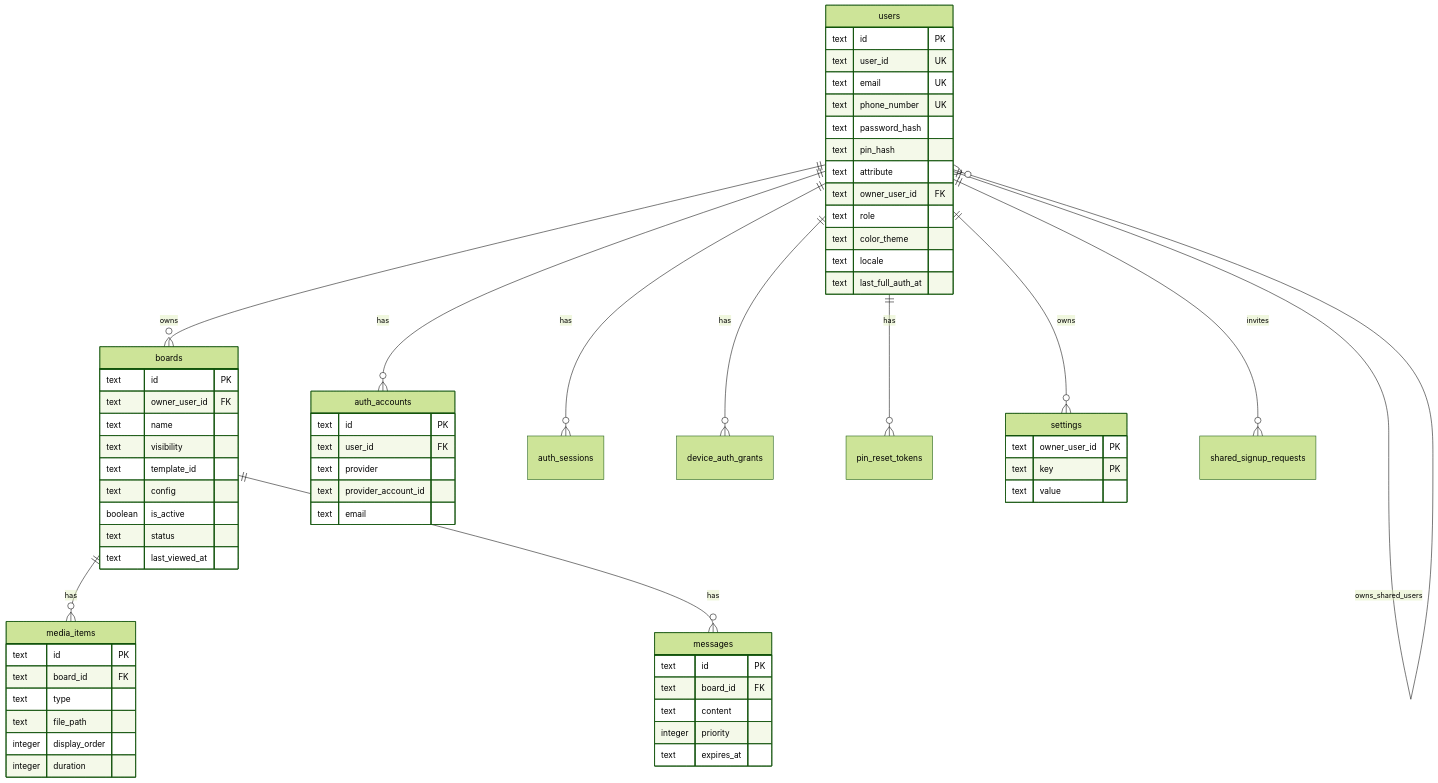
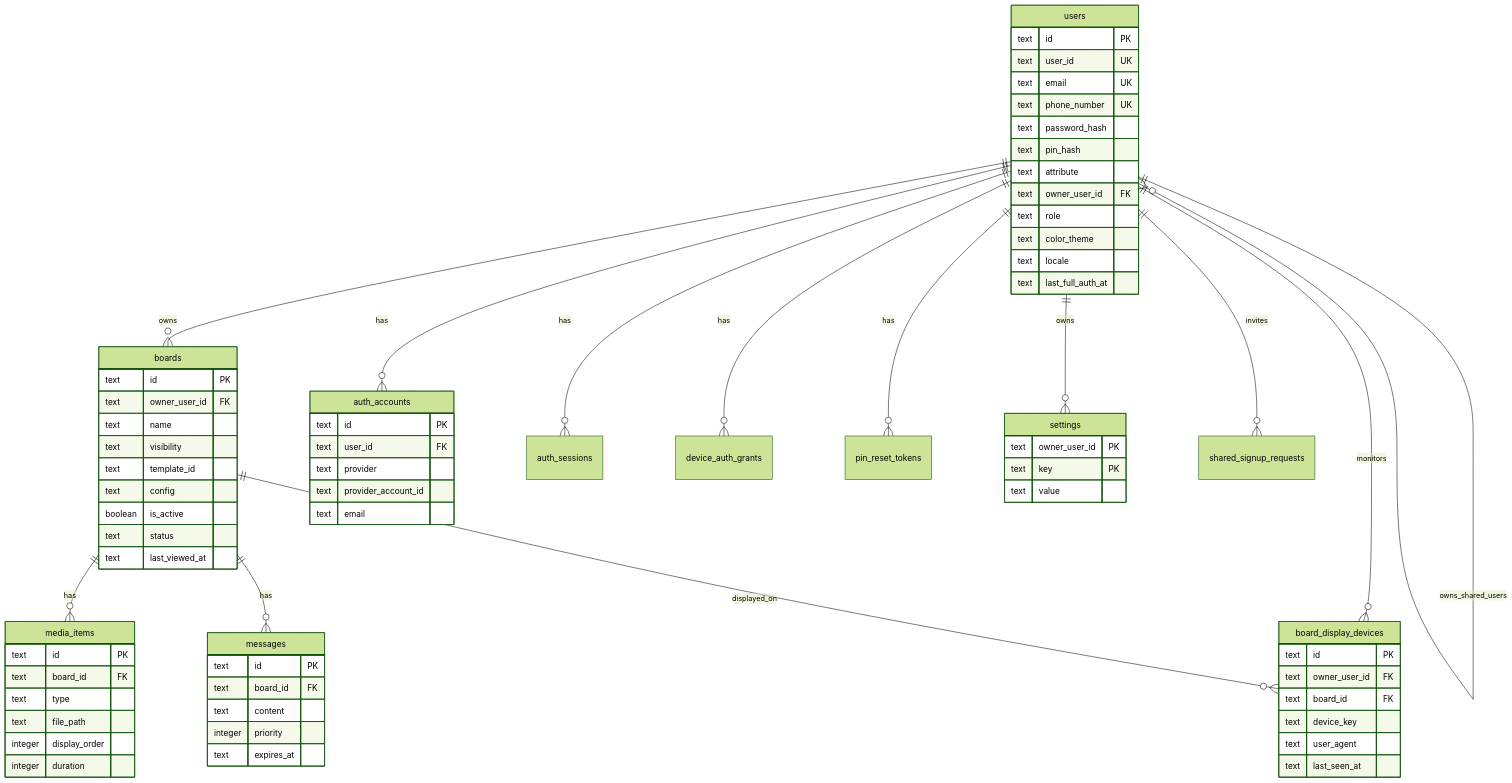
Before and after one commit to HiroshiARAKI/Keinage: the second of 7 diagrams in docs/DESIGN.md, drawn with Mermaid (forest theme). The commit also changed other lines of this file and 14 other files, not shown here.

Commit message:
feat: add board display device status

````diff
--- a/docs/DESIGN.md
+++ b/docs/DESIGN.md
@@ -110,71 +110,82 @@
 ```mermaid
 erDiagram
   users ||--o{ boards : owns
   users ||--o{ users : owns_shared_users
   users ||--o{ auth_accounts : has
   users ||--o{ auth_sessions : has
   users ||--o{ device_auth_grants : has
   users ||--o{ pin_reset_tokens : has
   users ||--o{ settings : owns
+  users ||--o{ board_display_devices : monitors
   users ||--o{ shared_signup_requests : invites
   boards ||--o{ media_items : has
   boards ||--o{ messages : has
+  boards ||--o{ board_display_devices : displayed_on
 
   users {
     text id PK
     text user_id UK
     text email UK
     text phone_number UK
     text password_hash
     text pin_hash
     text attribute
     text owner_user_id FK
     text role
     text color_theme
     text locale
     text last_full_auth_at
   }
 
   auth_accounts {
     text id PK
     text user_id FK
     text provider
     text provider_account_id
     text email
   }
 
   boards {
     text id PK
     text owner_user_id FK
     text name
     text visibility
     text template_id
     text config
     boolean is_active
     text status
     text last_viewed_at
   }
 
   media_items {
     text id PK
     text board_id FK
     text type
     text file_path
     integer display_order
     integer duration
   }
 
   messages {
     text id PK
     text board_id FK
     text content
     integer priority
     text expires_at
   }
 
   settings {
     text owner_user_id PK
     text key PK
     text value
   }
+
+  board_display_devices {
+    text id PK
+    text owner_user_id FK
+    text board_id FK
+    text device_key
+    text user_agent
+    text last_seen_at
+  }
 ```
````
